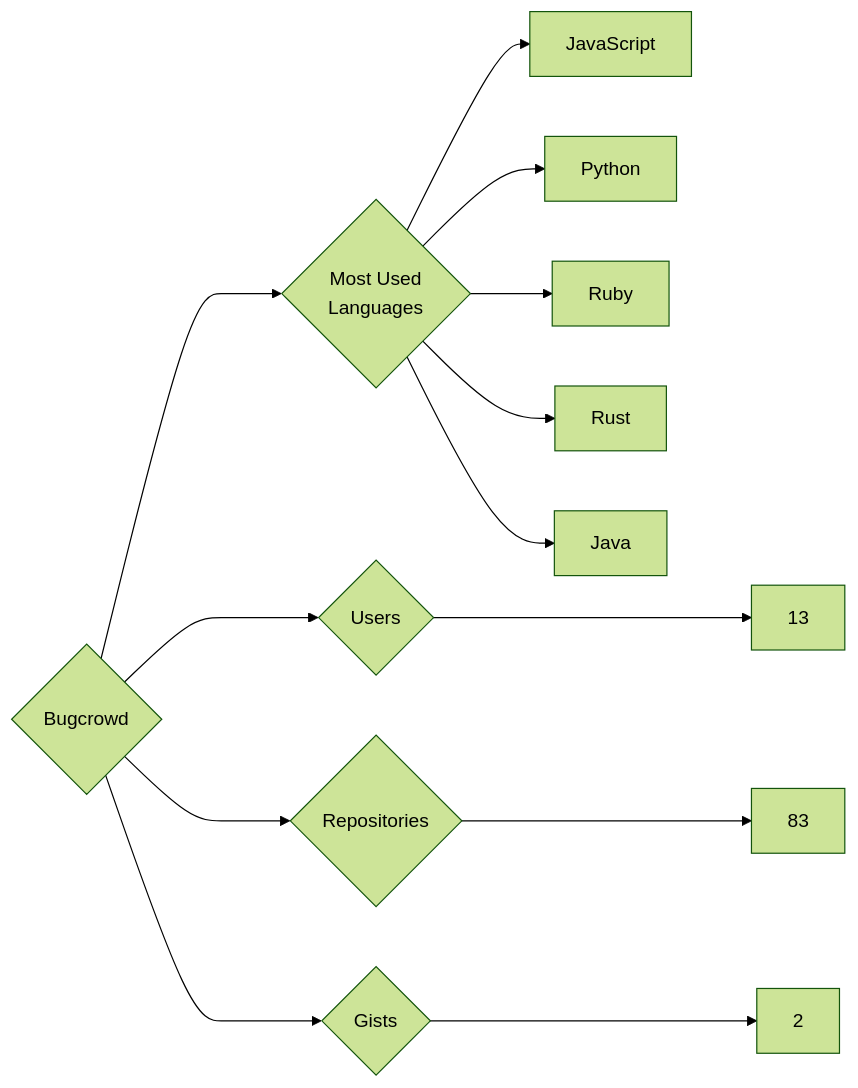
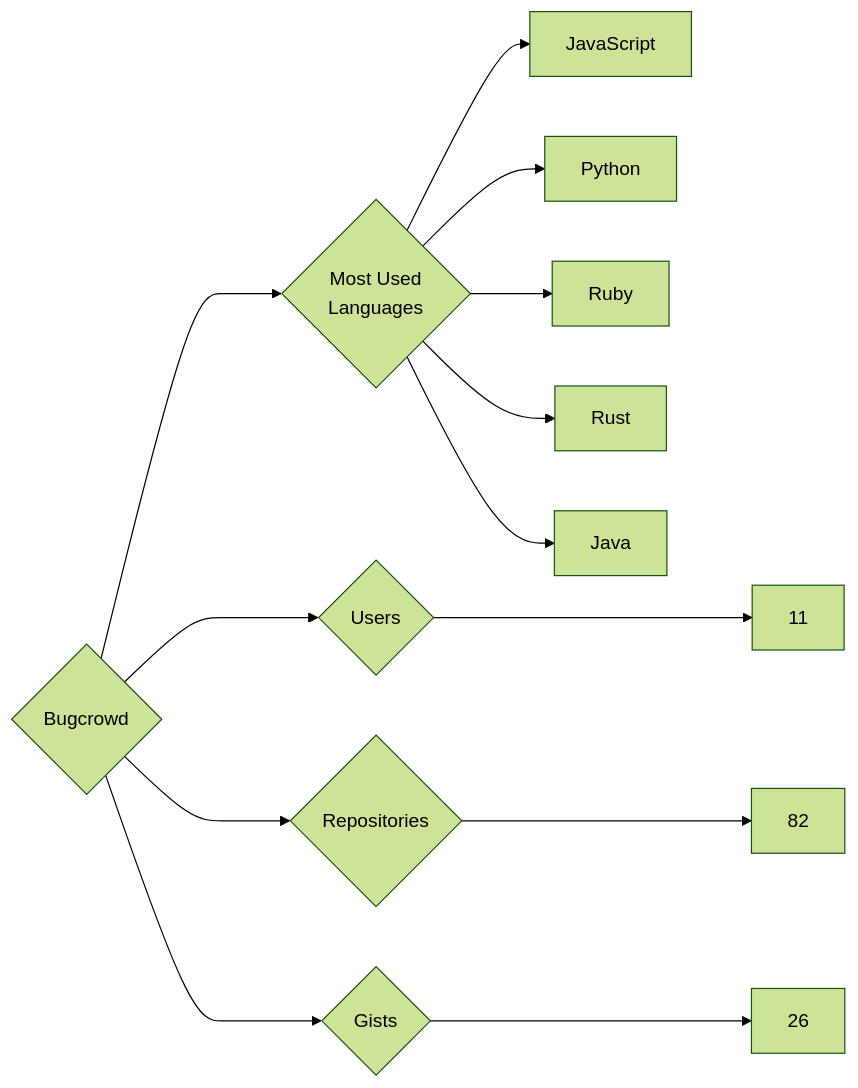
One commit to trickest/insiders changed the diagram in targets/Bugcrowd/README.md. Above: the diagram before and after it, drawn with Mermaid (forest theme). The commit also changed 783 other files, not shown here.

````diff
--- a/targets/Bugcrowd/README.md
+++ b/targets/Bugcrowd/README.md
@@ -3,13 +3,13 @@
 ```mermaid
 graph LR
 COMPANY_NAME{Bugcrowd}
-COMPANY_NAME ---> U{Users} ---> UN[13]
-COMPANY_NAME ---> R{Repositories} ---> RN[83]
-COMPANY_NAME ---> G{Gists} ---> GN[2]
+COMPANY_NAME ---> U{Users} ---> UN[11]
+COMPANY_NAME ---> R{Repositories} ---> RN[82]
+COMPANY_NAME ---> G{Gists} ---> GN[26]
 COMPANY_NAME ---> ML{Most Used<br>Languages}
 ML --> JavaScript[JavaScript]
 ML --> Python[Python]
 ML --> Ruby[Ruby]
 ML --> Rust[Rust]
 ML --> Java[Java]
 ```
````
